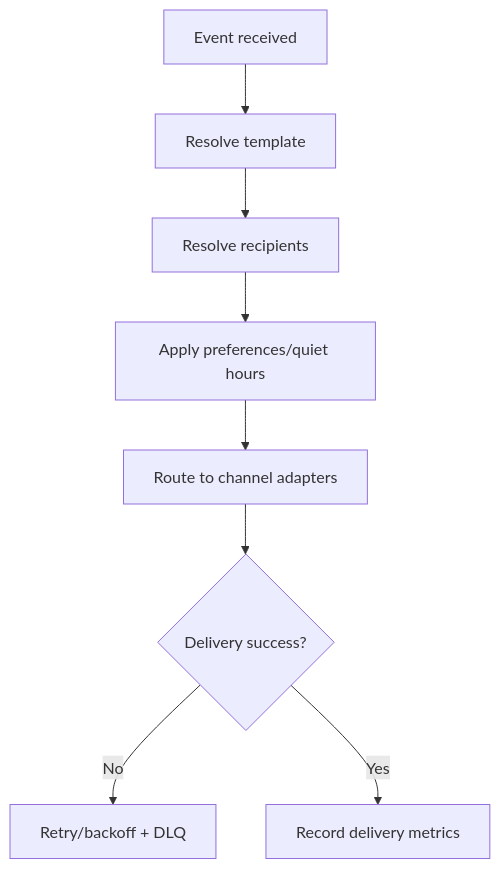
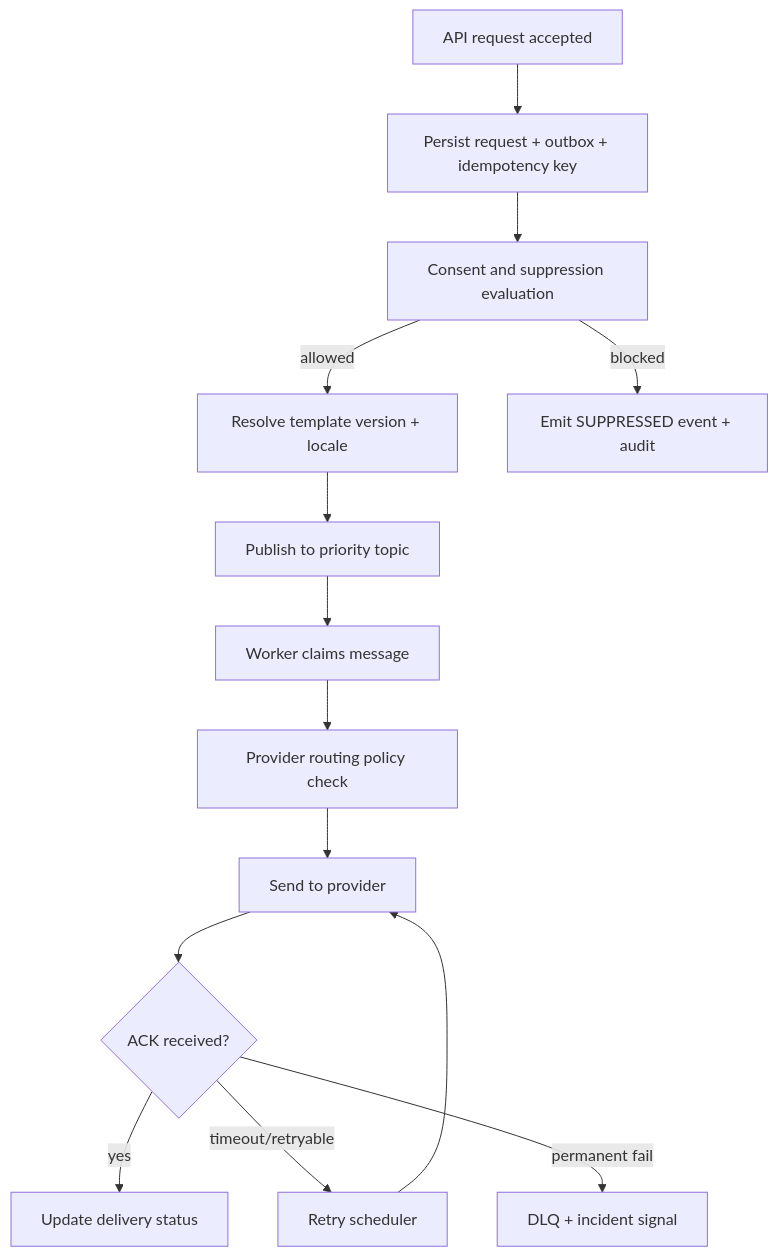
One commit to 0Ankit0/Project-Ideas changed the diagram in Messaging and Notification Platform/analysis/activity-diagrams.md. Above: the diagram before and after it, drawn with Mermaid. The commit also changed other lines of this file and 37 other files, not shown here.

Commit message:
Make messaging docs implementation-ready with detailed diagrams and runbooks

````diff
--- a/Messaging and Notification Platform/analysis/activity-diagrams.md
+++ b/Messaging and Notification Platform/analysis/activity-diagrams.md
@@ -4,10 +10,16 @@
 ```mermaid
 flowchart TD
-  A[Event received] --> B[Resolve template]
-  B --> C[Resolve recipients]
-  C --> D[Apply preferences/quiet hours]
-  D --> E[Route to channel adapters]
-  E --> F{Delivery success?}
-  F -- No --> G[Retry/backoff + DLQ]
-  F -- Yes --> H[Record delivery metrics]
+  A[API request accepted] --> B[Persist request + outbox + idempotency key]
+  B --> C[Consent and suppression evaluation]
+  C -->|allowed| D[Resolve template version + locale]
+  C -->|blocked| X[Emit SUPPRESSED event + audit]
+  D --> E[Publish to priority topic]
+  E --> F[Worker claims message]
+  F --> G[Provider routing policy check]
+  G --> H[Send to provider]
+  H --> I{ACK received?}
+  I -->|yes| J[Update delivery status]
+  I -->|timeout/retryable| K[Retry scheduler]
+  K --> H
+  I -->|permanent fail| L[DLQ + incident signal]
 ```
````
